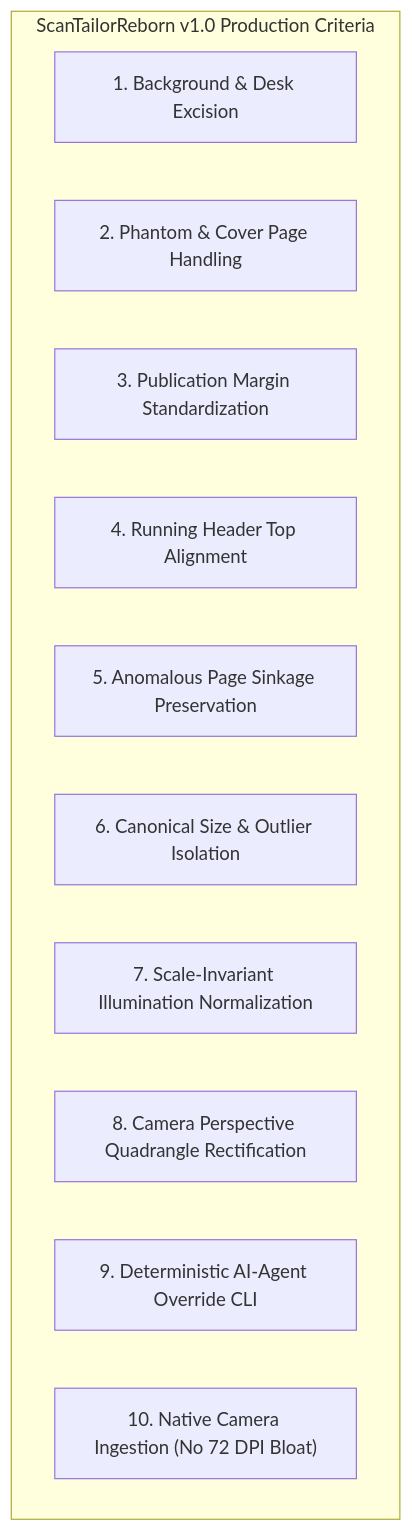
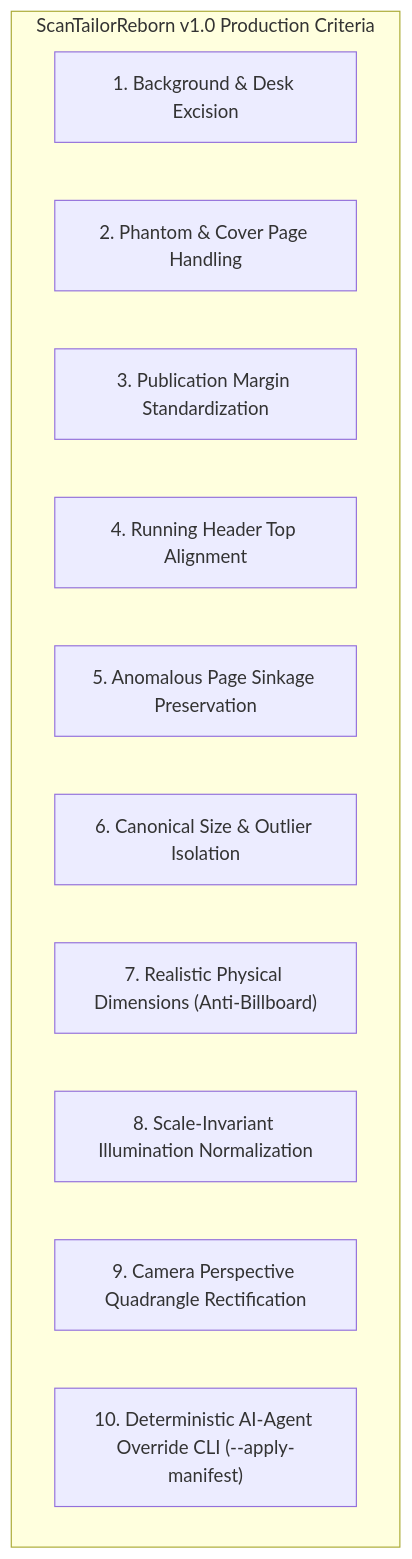
Before and after one commit to AthanasiusOfAlex/ScanTailorReborn: the second of 2 diagrams in docs/WHITE_PAPER.md, drawn with Mermaid. The commit also changed other lines of this file, not shown here.

Commit message:
Incorporate Agent-in-the-Loop philosophy and physical scale criteria into white paper

````diff
--- a/docs/WHITE_PAPER.md
+++ b/docs/WHITE_PAPER.md
@@ -145,15 +178,15 @@
 ```mermaid
 graph TD
     subgraph V1Criteria["ScanTailorReborn v1.0 Production Criteria"]
         C1["1. Background & Desk Excision"]
         C2["2. Phantom & Cover Page Handling"]
         C3["3. Publication Margin Standardization"]
         C4["4. Running Header Top Alignment"]
         C5["5. Anomalous Page Sinkage Preservation"]
         C6["6. Canonical Size & Outlier Isolation"]
-        C7["7. Scale-Invariant Illumination Normalization"]
-        C8["8. Camera Perspective Quadrangle Rectification"]
-        C9["9. Deterministic AI-Agent Override CLI"]
-        C10["10. Native Camera Ingestion (No 72 DPI Bloat)"]
+        C7["7. Realistic Physical Dimensions (Anti-Billboard)"]
+        C8["8. Scale-Invariant Illumination Normalization"]
+        C9["9. Camera Perspective Quadrangle Rectification"]
+        C10["10. Deterministic AI-Agent Override CLI (--apply-manifest)"]
     end
 ```
````
